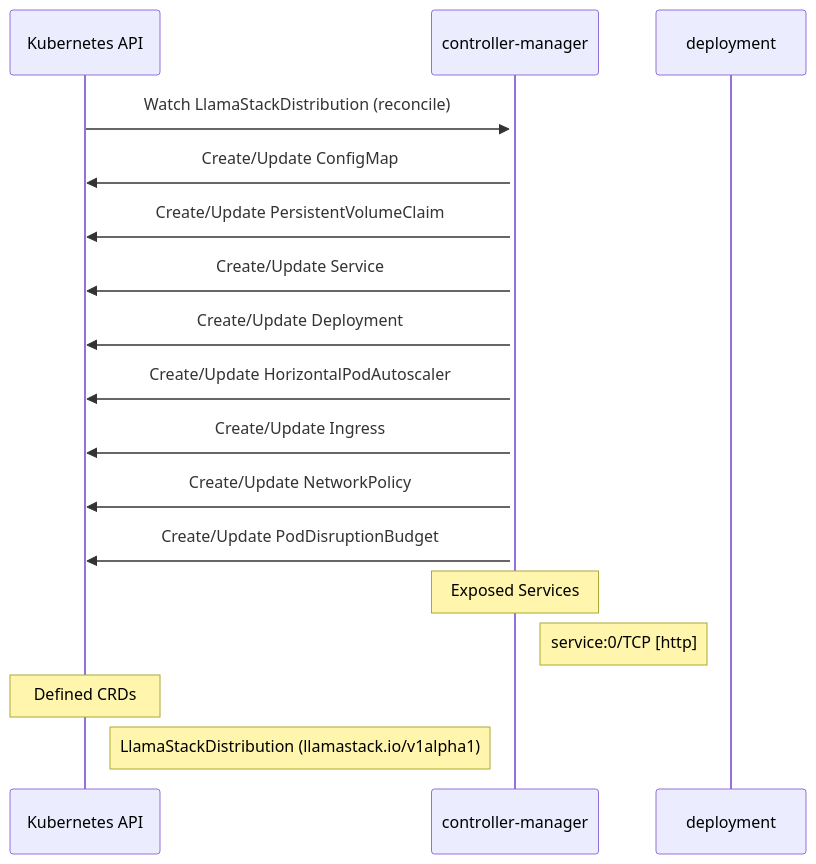
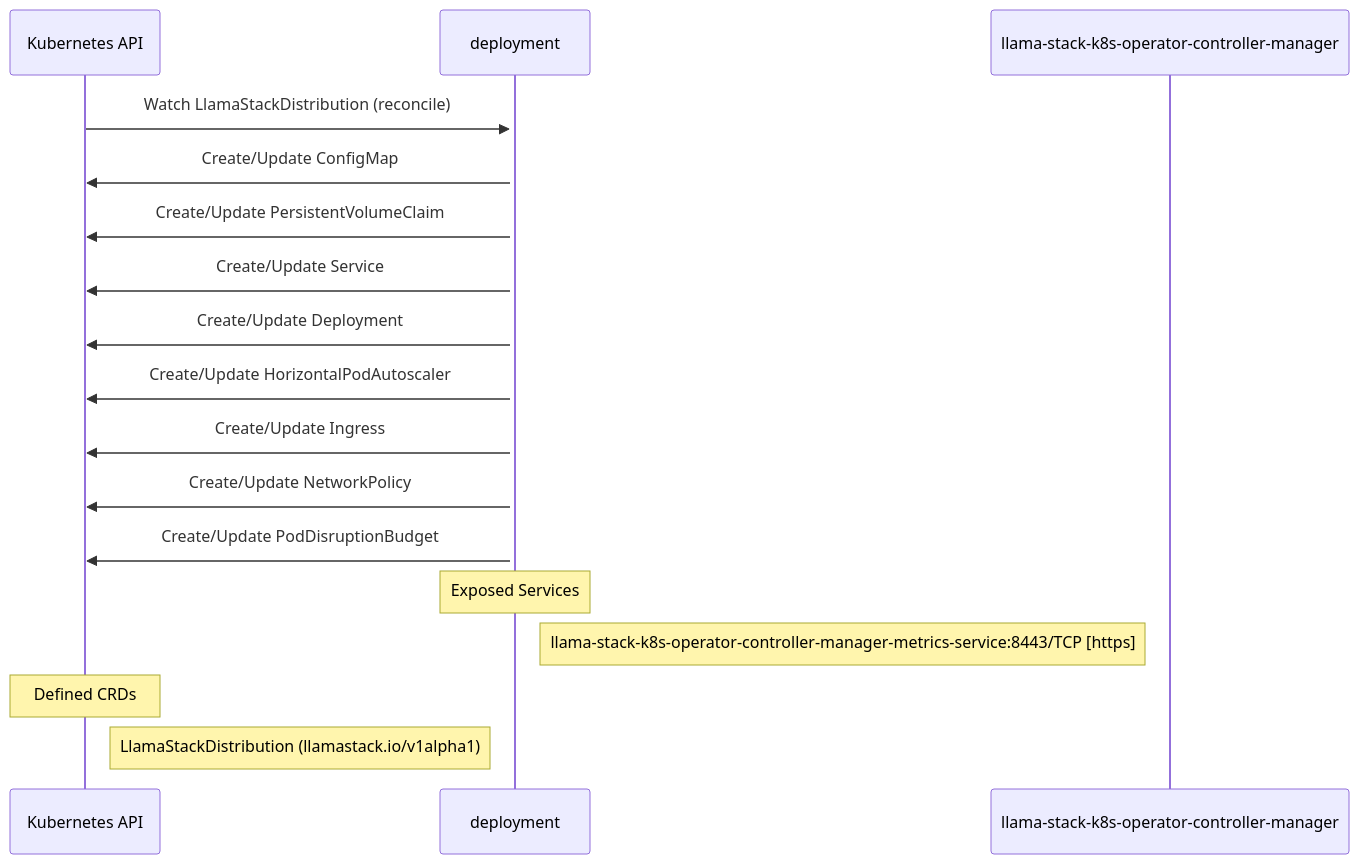
One commit to ugiordan/architecture-analyzer changed the diagram in site/docs/rhoai-platform/components/llama_stack_k8s_operator/dataflow.md. Above: the diagram before and after it, drawn with Mermaid. The commit also changed other lines of this file and 299 other files, not shown here.

````diff
--- a/site/docs/rhoai-platform/components/llama_stack_k8s_operator/dataflow.md
+++ b/site/docs/rhoai-platform/components/llama_stack_k8s_operator/dataflow.md
@@ -23,24 +23,24 @@
 ```mermaid
 sequenceDiagram
     %% Static dataflow for llama-stack-k8s-operator
 
     participant KubernetesAPI as Kubernetes API
-    participant controller_manager as controller-manager
     participant deployment as deployment
+    participant llama_stack_k8s_operator_controller_manager as llama-stack-k8s-operator-controller-manager
 
-    KubernetesAPI->>+controller_manager: Watch LlamaStackDistribution (reconcile)
-    controller_manager->>KubernetesAPI: Create/Update ConfigMap
-    controller_manager->>KubernetesAPI: Create/Update PersistentVolumeClaim
-    controller_manager->>KubernetesAPI: Create/Update Service
-    controller_manager->>KubernetesAPI: Create/Update Deployment
-    controller_manager->>KubernetesAPI: Create/Update HorizontalPodAutoscaler
-    controller_manager->>KubernetesAPI: Create/Update Ingress
-    controller_manager->>KubernetesAPI: Create/Update NetworkPolicy
-    controller_manager->>KubernetesAPI: Create/Update PodDisruptionBudget
+    KubernetesAPI->>+deployment: Watch LlamaStackDistribution (reconcile)
+    deployment->>KubernetesAPI: Create/Update ConfigMap
+    deployment->>KubernetesAPI: Create/Update PersistentVolumeClaim
+    deployment->>KubernetesAPI: Create/Update Service
+    deployment->>KubernetesAPI: Create/Update Deployment
+    deployment->>KubernetesAPI: Create/Update HorizontalPodAutoscaler
+    deployment->>KubernetesAPI: Create/Update Ingress
+    deployment->>KubernetesAPI: Create/Update NetworkPolicy
+    deployment->>KubernetesAPI: Create/Update PodDisruptionBudget
 
-    Note over controller_manager: Exposed Services
-    Note right of controller_manager: service:0/TCP [http]
+    Note over deployment: Exposed Services
+    Note right of deployment: llama-stack-k8s-operator-controller-manager-metrics-service:8443/TCP [https]
 
     Note over KubernetesAPI: Defined CRDs
     Note right of KubernetesAPI: LlamaStackDistribution (llamastack.io/v1alpha1)
 ```
````
